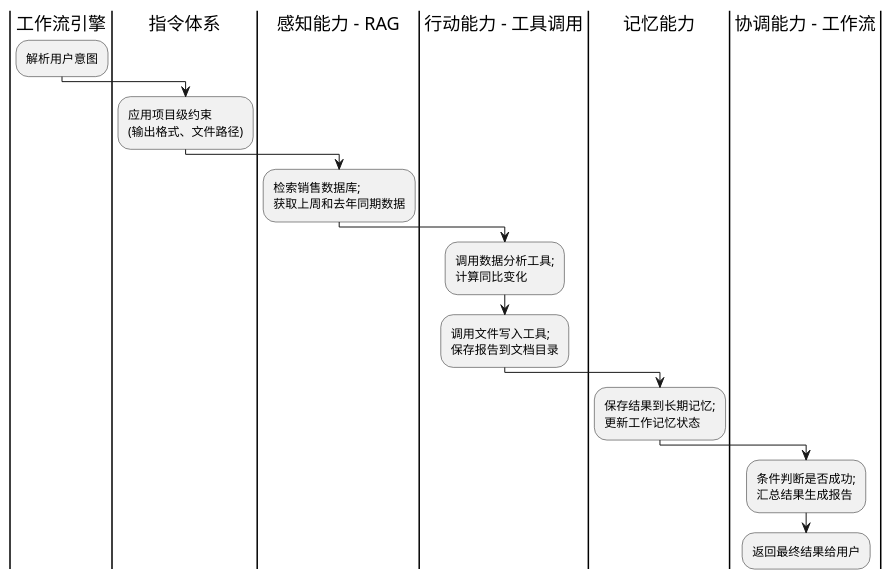
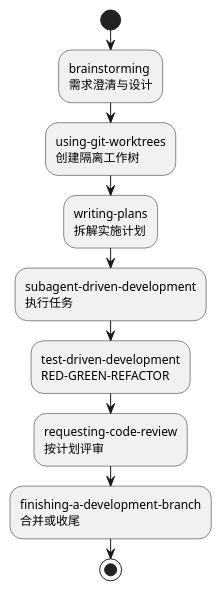
One commit to warmoss/coduct changed the diagram in 大模型/superpowers原理讲解.adoc. Above: the diagram before and after it, drawn with PlantUML. The commit also changed other lines of this file and 10 other files, not shown here.

Commit message:
support plantuml

```diff
--- a/大模型/superpowers原理讲解.adoc
+++ b/大模型/superpowers原理讲解.adoc
@@ -228,19 +94,21 @@
-[plantuml, "Superpowers 协作示例", format=png]
+[plantuml, "Superpowers 标准工作流", format=png]
 ----
 @startuml
-|工作流引擎|
-:解析用户意图;
-|指令体系|
-:应用项目级约束\n(输出格式、文件路径);
-|感知能力 - RAG|
-:检索销售数据库;\n获取上周和去年同期数据;
-|行动能力 - 工具调用|
-:调用数据分析工具;\n计算同比变化;
-:调用文件写入工具;\n保存报告到文档目录;
-|记忆能力|
-:保存结果到长期记忆;\n更新工作记忆状态;
-|协调能力 - 工作流|
-:条件判断是否成功;\n汇总结果生成报告;
-:返回最终结果给用户;
+start
+:brainstorming
+需求澄清与设计;
+:using-git-worktrees
+创建隔离工作树;
+:writing-plans
+拆解实施计划;
+:subagent-driven-development
+执行任务;
+:test-driven-development
+RED-GREEN-REFACTOR;
+:requesting-code-review
+按计划评审;
+:finishing-a-development-branch
+合并或收尾;
+stop
 @enduml
 ----
```
